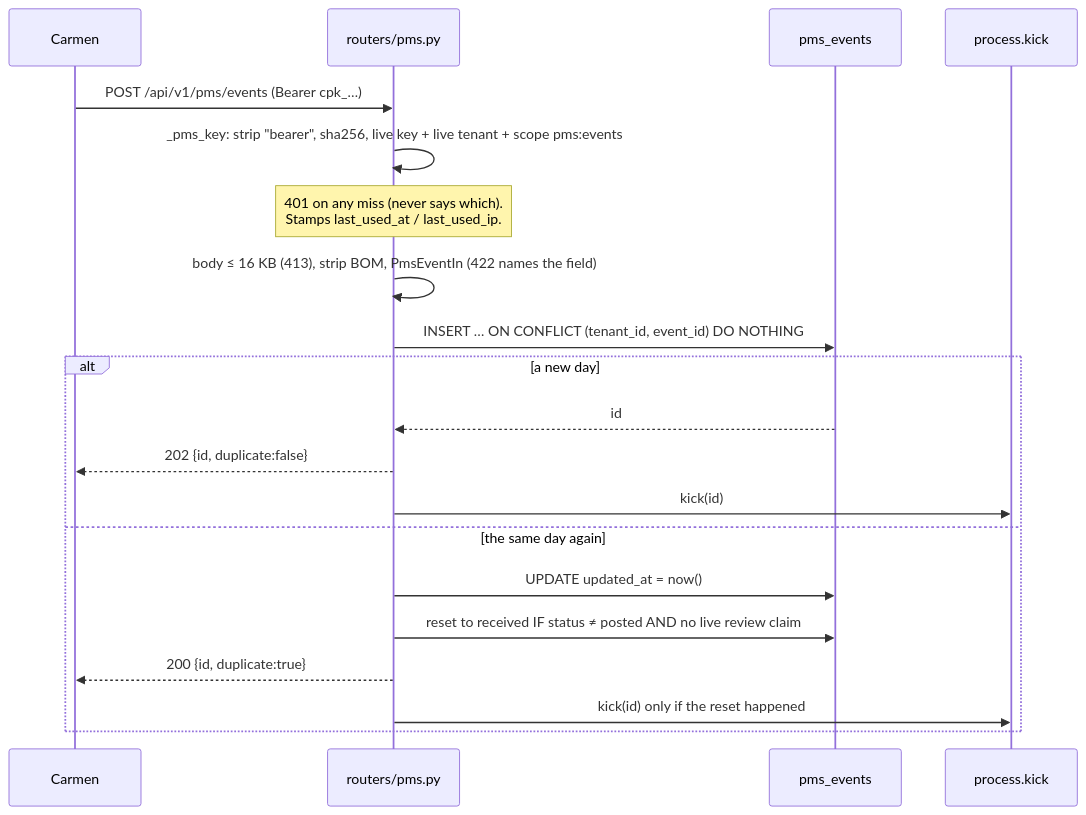
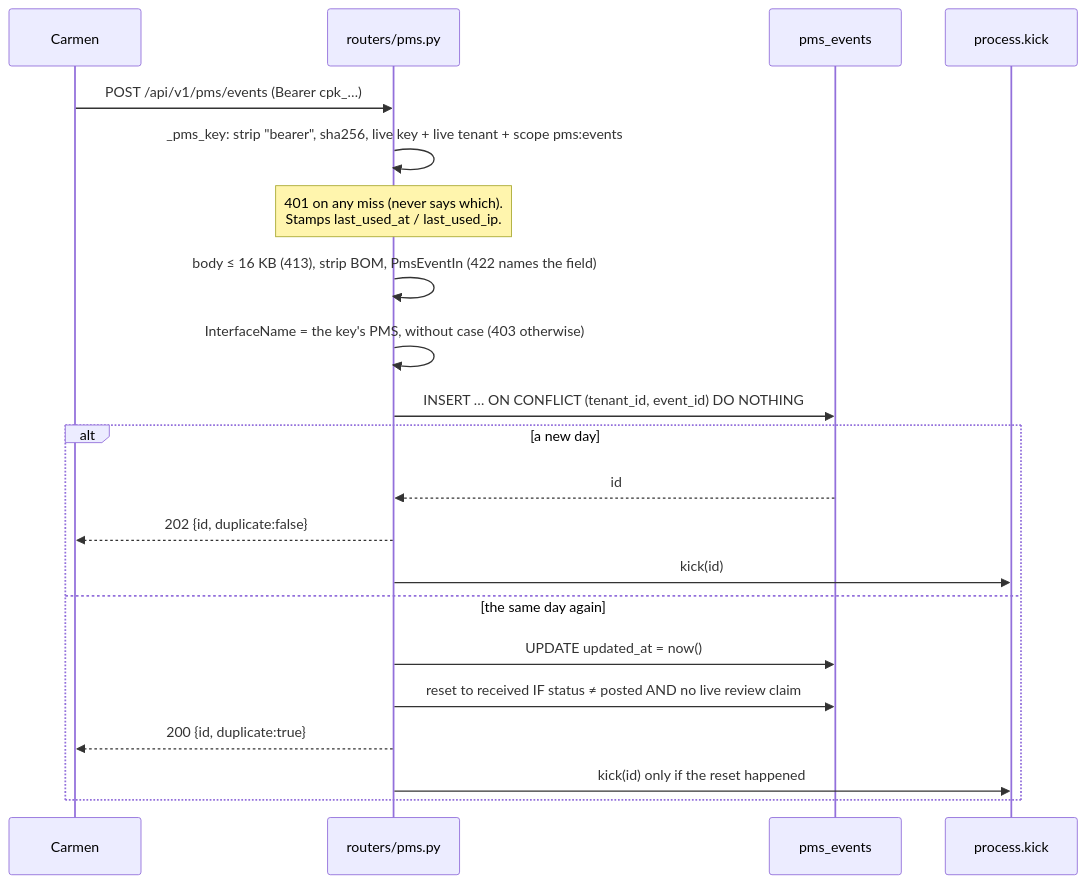
Before and after one commit to developer-carmensoftware/OCR: the third of 7 diagrams in docs/pms-interface/02-architecture.md, drawn with Mermaid. The commit also changed other lines of this file and 11 other files, not shown here.

````diff
--- a/docs/pms-interface/02-architecture.md
+++ b/docs/pms-interface/02-architecture.md
@@ -70,23 +66,24 @@
 ```mermaid
 sequenceDiagram
     participant Carmen
     participant R as routers/pms.py
     participant DB as pms_events
     participant P as process.kick
 
     Carmen->>R: POST /api/v1/pms/events (Bearer cpk_…)
     R->>R: _pms_key: strip "bearer", sha256, live key + live tenant + scope pms:events
     Note over R: 401 on any miss (never says which).<br/>Stamps last_used_at / last_used_ip.
     R->>R: body ≤ 16 KB (413), strip BOM, PmsEventIn (422 names the field)
+    R->>R: InterfaceName = the key's PMS, without case (403 otherwise)
     R->>DB: INSERT … ON CONFLICT (tenant_id, event_id) DO NOTHING
     alt a new day
         DB-->>R: id
         R-->>Carmen: 202 {id, duplicate:false}
         R->>P: kick(id)
     else the same day again
         R->>DB: UPDATE updated_at = now()
         R->>DB: reset to received IF status ≠ posted AND no live review claim
         R-->>Carmen: 200 {id, duplicate:true}
         R->>P: kick(id) only if the reset happened
     end
 ```
````
